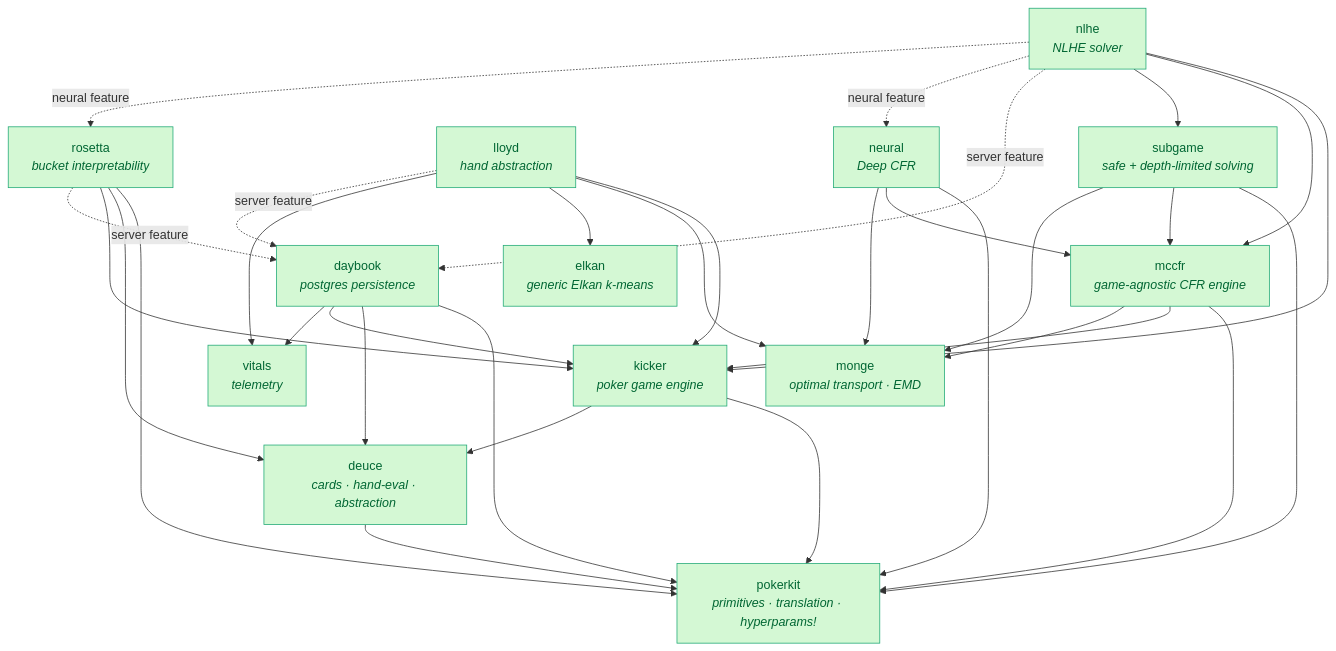
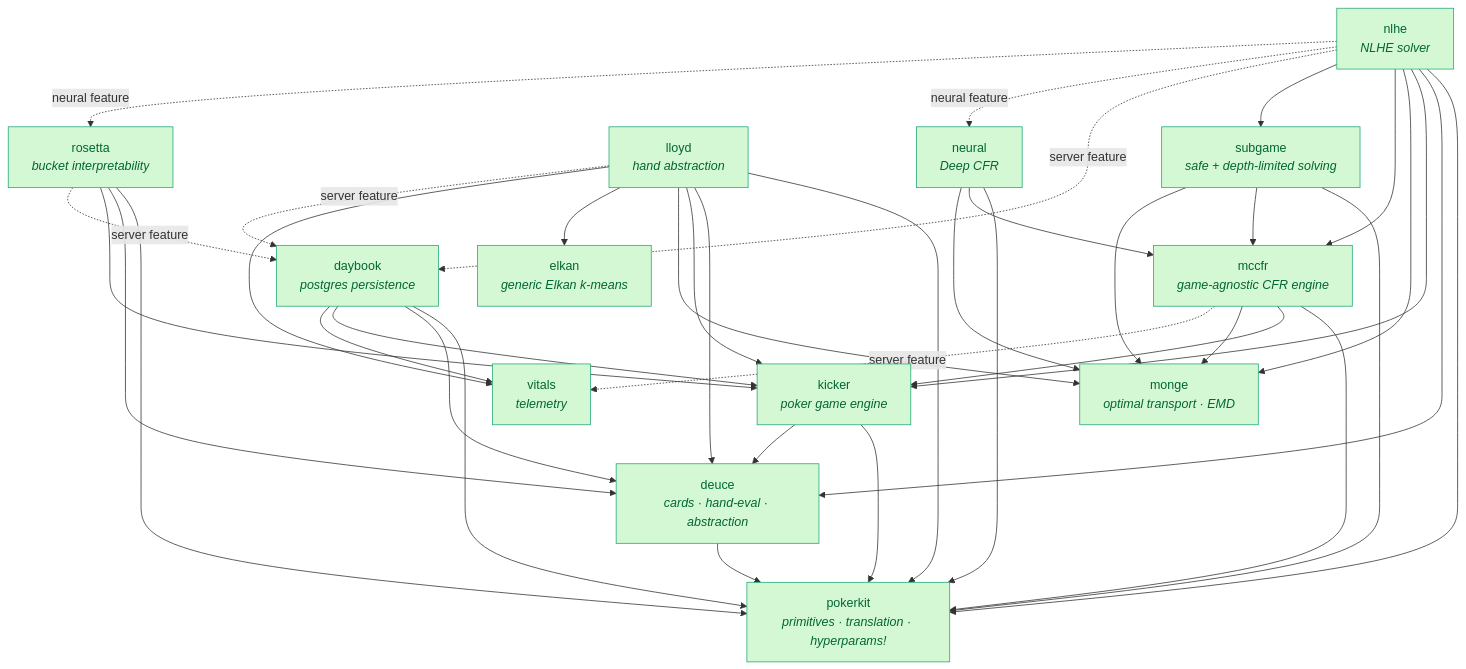
Before and after one commit to krukah/robopoker: the second of 2 diagrams in README.md, drawn with Mermaid. The commit also changed other lines of this file and 26 other files, not shown here.

````diff
--- a/README.md
+++ b/README.md
@@ -201,51 +201,57 @@
 ```mermaid
 graph TD
   classDef pub fill:#d4f8d4,stroke:#2a7,color:#063
   pokerkit["pokerkit<br/><i>primitives · translation · hyperparams!</i>"]
   deuce["deuce<br/><i>cards · hand-eval · abstraction</i>"]
   monge["monge<br/><i>optimal transport · EMD</i>"]
   kicker["kicker<br/><i>poker game engine</i>"]
   mccfr["mccfr<br/><i>game-agnostic CFR engine</i>"]
   subgame["subgame<br/><i>safe + depth-limited solving</i>"]
   elkan["elkan<br/><i>generic Elkan k-means</i>"]
   vitals["vitals<br/><i>telemetry</i>"]
   daybook["daybook<br/><i>postgres persistence</i>"]
   lloyd["lloyd<br/><i>hand abstraction</i>"]
   nlhe["nlhe<br/><i>NLHE solver</i>"]
   neural["neural<br/><i>Deep CFR</i>"]
   rosetta["rosetta<br/><i>bucket interpretability</i>"]
 
   deuce --> pokerkit
   kicker --> pokerkit
   kicker --> deuce
   mccfr --> pokerkit
   mccfr --> kicker
   mccfr --> monge
+  mccfr -.->|"server feature"| vitals
   subgame --> pokerkit
   subgame --> mccfr
   subgame --> monge
   daybook --> pokerkit
   daybook --> deuce
   daybook --> kicker
   daybook --> vitals
+  lloyd --> pokerkit
+  lloyd --> deuce
   lloyd --> kicker
   lloyd --> monge
   lloyd --> elkan
   lloyd --> vitals
+  nlhe --> pokerkit
+  nlhe --> deuce
   nlhe --> kicker
+  nlhe --> monge
   nlhe --> mccfr
   nlhe --> subgame
   neural --> pokerkit
   neural --> mccfr
   neural --> monge
   nlhe -.->|"server feature"| daybook
   rosetta --> pokerkit
   rosetta --> deuce
   rosetta --> kicker
   nlhe -.->|"neural feature"| neural
   nlhe -.->|"neural feature"| rosetta
   rosetta -.->|"server feature"| daybook
   lloyd -.->|"server feature"| daybook
 
   class pokerkit,deuce,monge,kicker,mccfr,subgame,elkan,vitals,daybook,nlhe,lloyd,neural,rosetta pub
 ```
````
